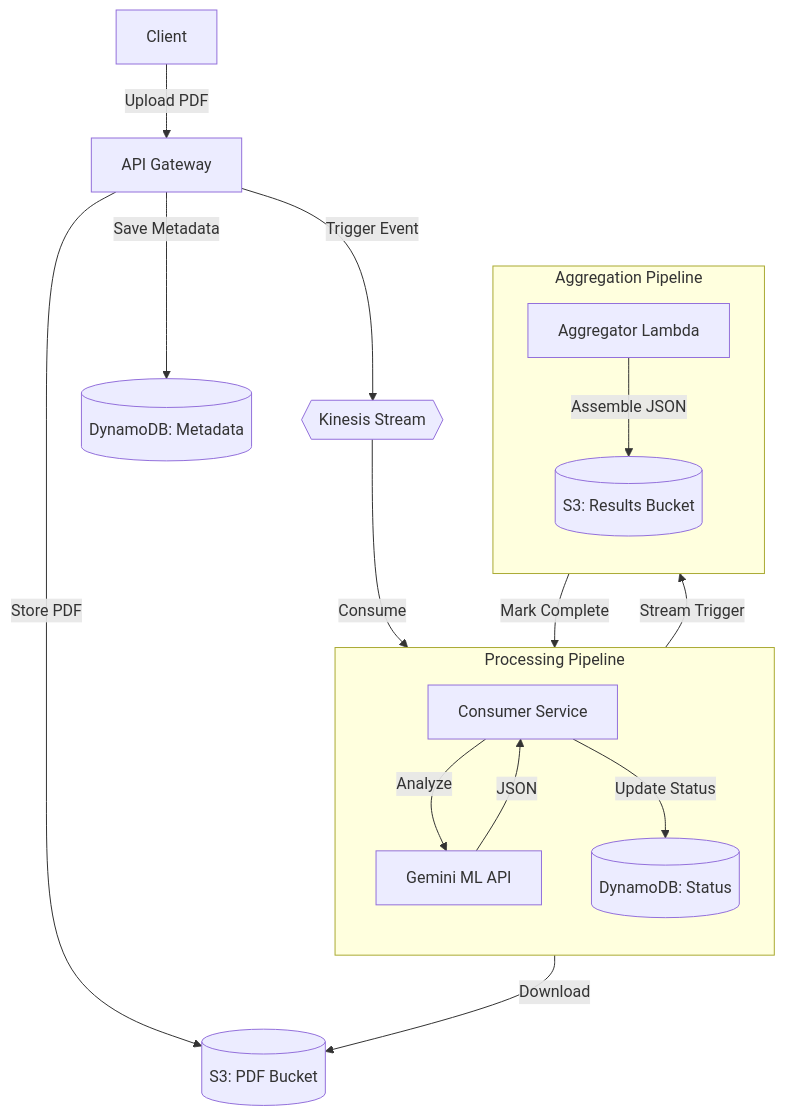
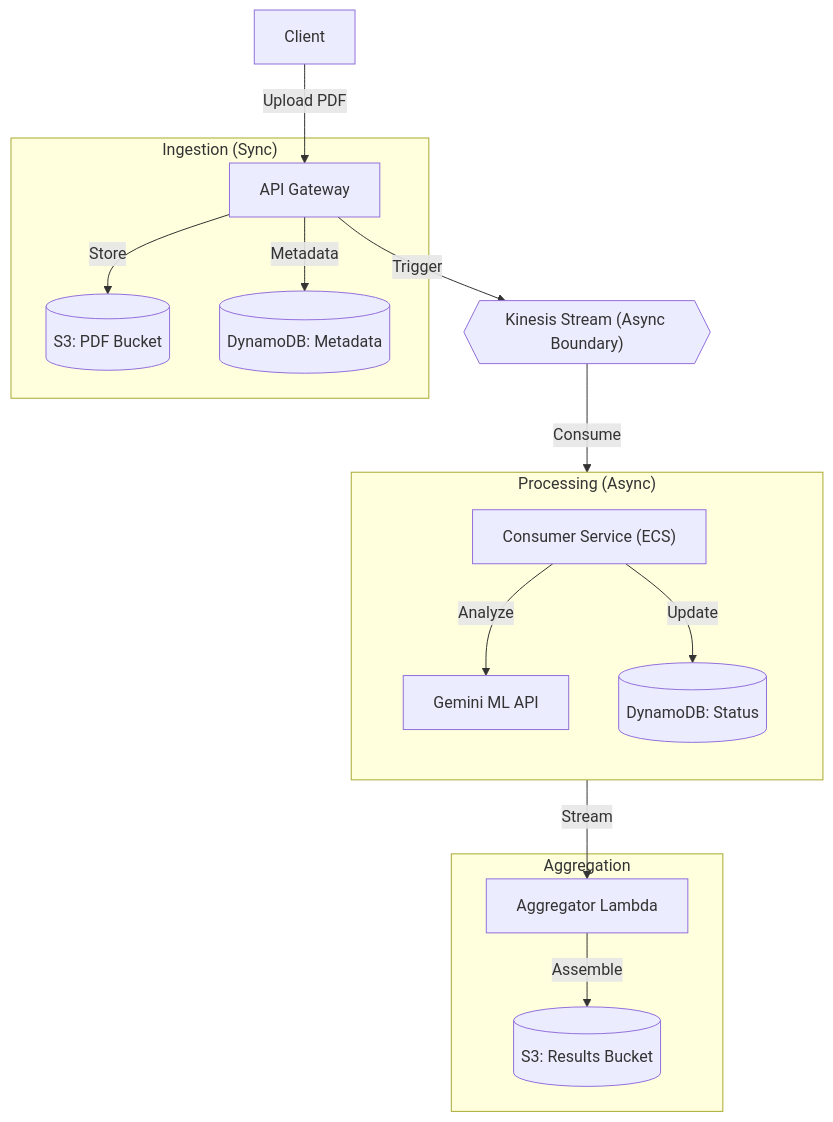
One commit to sphoortimirji5/Distributed-ML-Document-Orchestrator changed the diagram in README.md. Above: the diagram before and after it, drawn with Mermaid. The commit also changed other lines of this file and 2 other files, not shown here.

````diff
--- a/README.md
+++ b/README.md
@@ -9,31 +45,30 @@
 ```mermaid
 flowchart TD
     Client["Client"] -- "Upload PDF" --> API["API Gateway"]
     
-    API -- "Store PDF" --> S3_PDF[("S3: PDF Bucket")]
-    API -- "Save Metadata" --> DDB_Meta[("DynamoDB: Metadata")]
-    API -- "Trigger Event" --> Kinesis{{"Kinesis Stream"}}
+    subgraph Ingestion ["Ingestion (Sync)"]
+        API -- "Store" --> S3_PDF[("S3: PDF Bucket")]
+        API -- "Metadata" --> DDB_Meta[("DynamoDB: Metadata")]
+    end
 
-    subgraph Processing ["Processing Pipeline"]
+    API -- "Trigger" --> Kinesis{{"Kinesis Stream (Async Boundary)"}}
+
+    subgraph Processing ["Processing (Async)"]
         direction TB
-        Consumer["Consumer Service"]
+        Consumer["Consumer Service (ECS)"]
         Gemini["Gemini ML API"]
         DDB_Status[("DynamoDB: Status")]
     end
 
     Kinesis -- "Consume" --> Consumer
-    Consumer -- "Download" --> S3_PDF
     Consumer -- "Analyze" --> Gemini
-    Gemini -- "JSON" --> Consumer
-    Consumer -- "Update Status" --> DDB_Status
+    Consumer -- "Update" --> DDB_Status
 
-    subgraph Aggregation ["Aggregation Pipeline"]
-        direction TB
+    subgraph Aggregation ["Aggregation"]
         Aggregator["Aggregator Lambda"]
         S3_Results[("S3: Results Bucket")]
     end
 
-    DDB_Status -- "Stream Trigger" --> Aggregator
-    Aggregator -- "Assemble JSON" --> S3_Results
-    Aggregator -- "Mark Complete" --> DDB_Status
+    DDB_Status -- "Stream" --> Aggregator
+    Aggregator -- "Assemble" --> S3_Results
 ```
````
